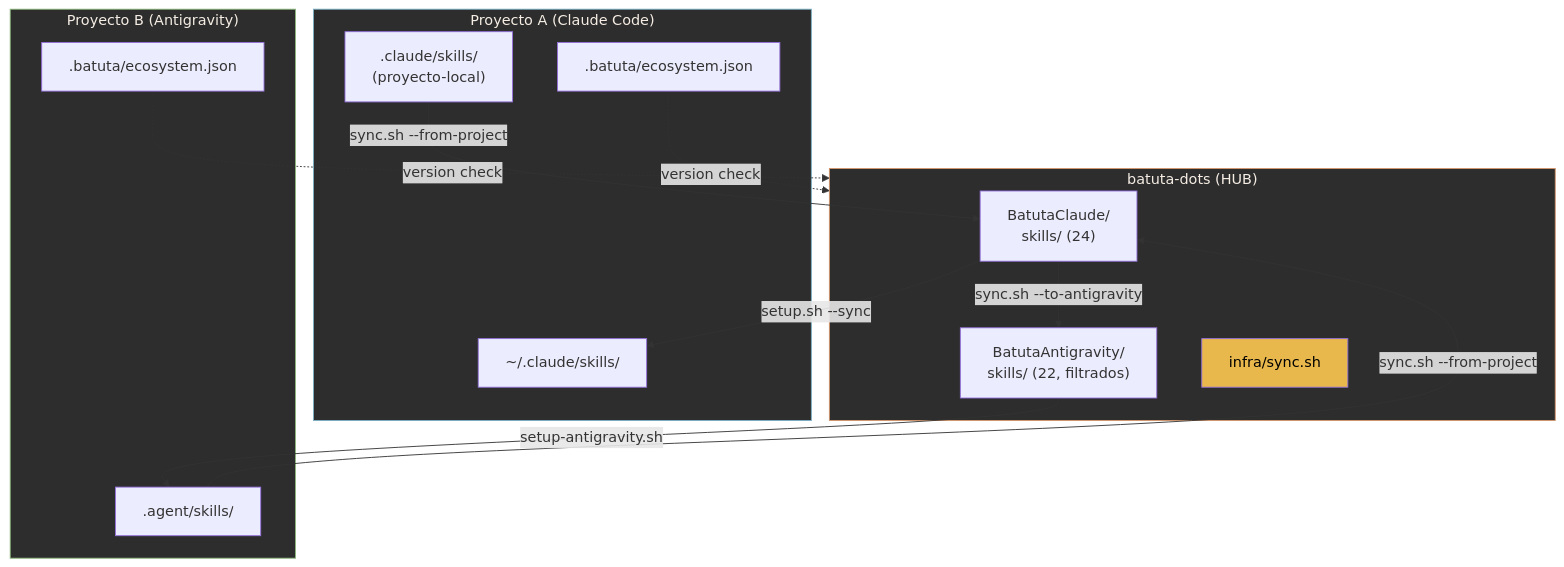
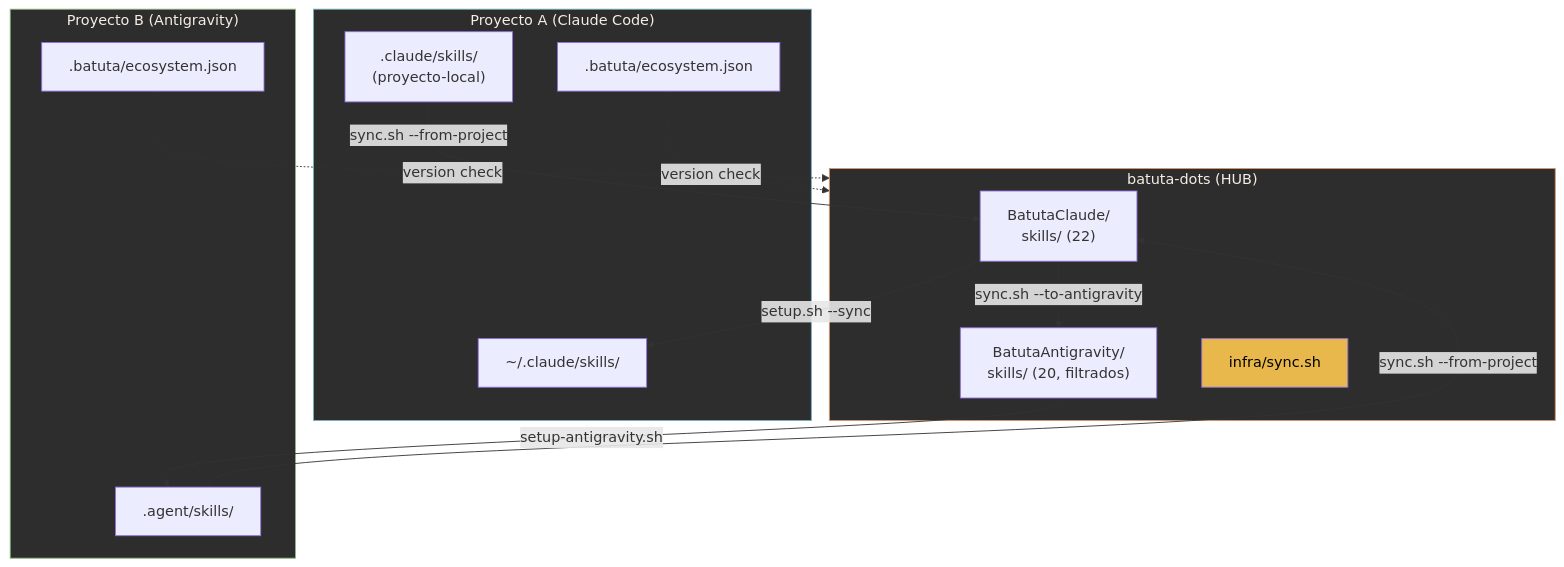
One commit to jota-batuta/batuta-dots changed diagram 22 of 23 in docs/architecture/arquitectura-diagrama.md. Above: the diagram before and after it, drawn with Mermaid. The commit also changed other lines of this file and 69 other files, not shown here.

````diff
--- a/docs/architecture/arquitectura-diagrama.md
+++ b/docs/architecture/arquitectura-diagrama.md
@@ -865,34 +794,34 @@
 ```mermaid
 flowchart TD
     subgraph HUB["batuta-dots (HUB)"]
-        BC["BatutaClaude/<br/>skills/ (24)"]
-        BA["BatutaAntigravity/<br/>skills/ (22, filtrados)"]
+        BC["BatutaClaude/<br/>skills/ (22)"]
+        BA["BatutaAntigravity/<br/>skills/ (20, filtrados)"]
         SYNC["infra/sync.sh"]
     end
 
     subgraph SPOKE_CLAUDE["Proyecto A (Claude Code)"]
         PC_SKILLS["~/.claude/skills/"]
         PC_LOCAL[".claude/skills/<br/>(proyecto-local)"]
         PC_ECO[".batuta/ecosystem.json"]
     end
 
     subgraph SPOKE_ANTIGRAVITY["Proyecto B (Antigravity)"]
         PA_SKILLS[".agent/skills/"]
         PA_ECO[".batuta/ecosystem.json"]
     end
 
     BC -->|"setup.sh --sync"| PC_SKILLS
     BC -->|"sync.sh --to-antigravity"| BA
     BA -->|"setup-antigravity.sh"| PA_SKILLS
 
     PC_LOCAL -->|"sync.sh --from-project"| BC
     PA_SKILLS -->|"sync.sh --from-project"| BC
 
     PC_ECO -.->|"version check"| HUB
     PA_ECO -.->|"version check"| HUB
 
     style HUB fill:#2d2d2d,stroke:#D4956A,color:#F5EDE4
     style SPOKE_CLAUDE fill:#2d2d2d,stroke:#7AAFC4,color:#F5EDE4
     style SPOKE_ANTIGRAVITY fill:#2d2d2d,stroke:#8BB87A,color:#F5EDE4
     style SYNC fill:#E8B84D,color:#000
 ```
````
